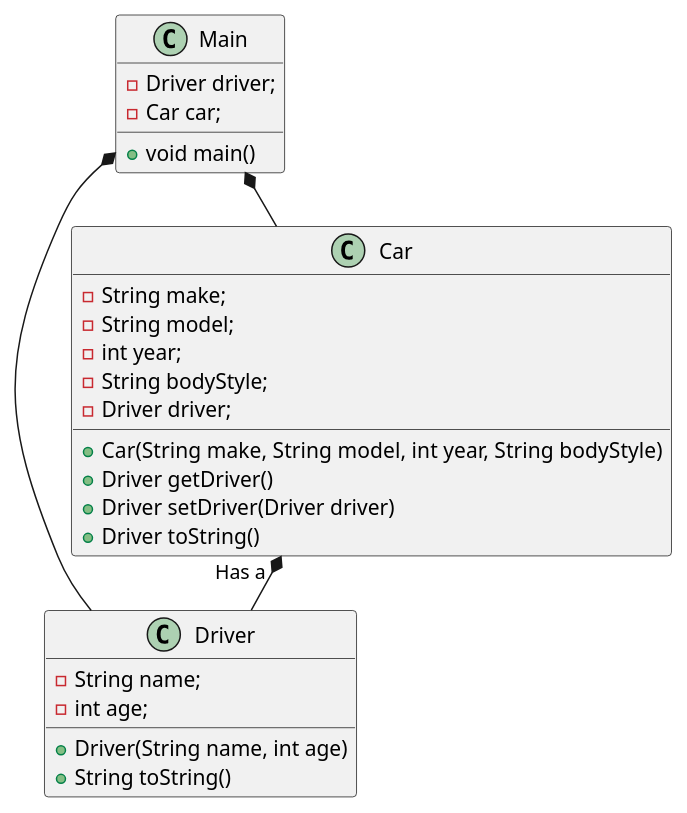
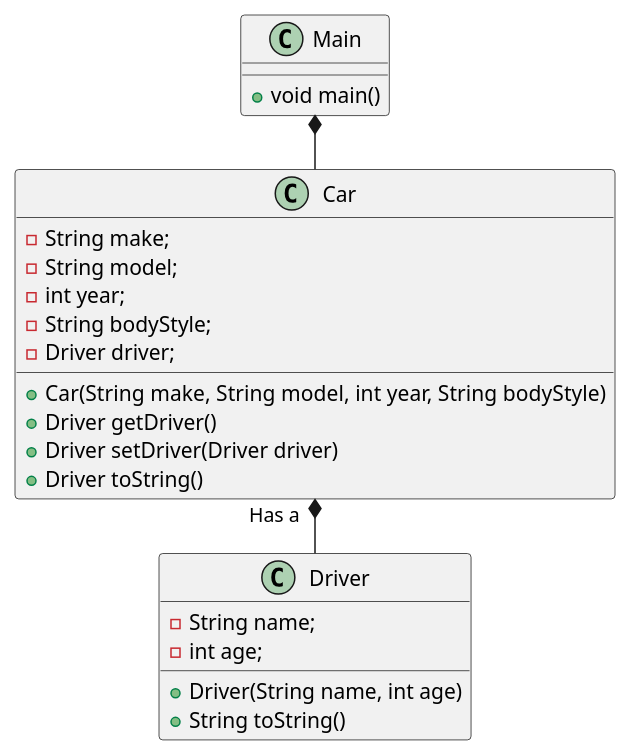
Before and after one commit to SitthichaiPhuanphimai/Dat1---Ugeopgave5: the diagram in Dat1 - OOP1/Documentation/CarsAndDrivers.puml, drawn with PlantUML. The commit also changed 9 other files, not shown here.

```diff
--- a/Dat1 - OOP1/Documentation/CarsAndDrivers.puml
+++ b/Dat1 - OOP1/Documentation/CarsAndDrivers.puml
@@ -1,37 +1,35 @@
 @startuml
 'https://plantuml.com/object-diagram
 !pragma layout smetana
 
 Class Main
 
 
-Main : - Driver driver;
-Main : - Car car;
+
 Main : + void main()
 
-Main *-- Driver
 Main *-- Car
 
 Class Driver
 Driver : - String name;
 Driver : - int age;
 Driver : + Driver(String name, int age)
 Driver : + String toString()
 
 Class Car
 
 Car "Has a   " *-- Driver
 
 Car : - String make;
 Car : - String model;
 Car : - int year;
 Car : - String bodyStyle;
 Car : - Driver driver;
 Car : + Car(String make, String model, int year, String bodyStyle)
 Car : + Driver getDriver()
 Car : + Driver setDriver(Driver driver)
 Car : + Driver toString()
 
 
 
 @enduml
```
